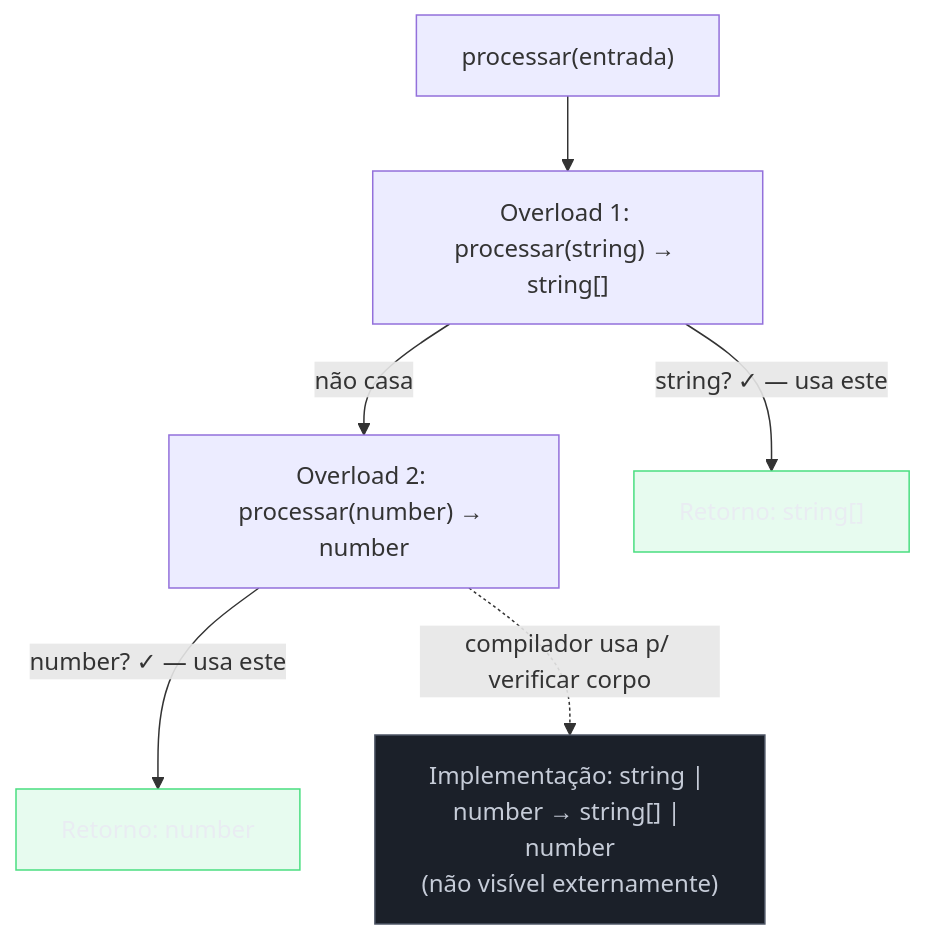
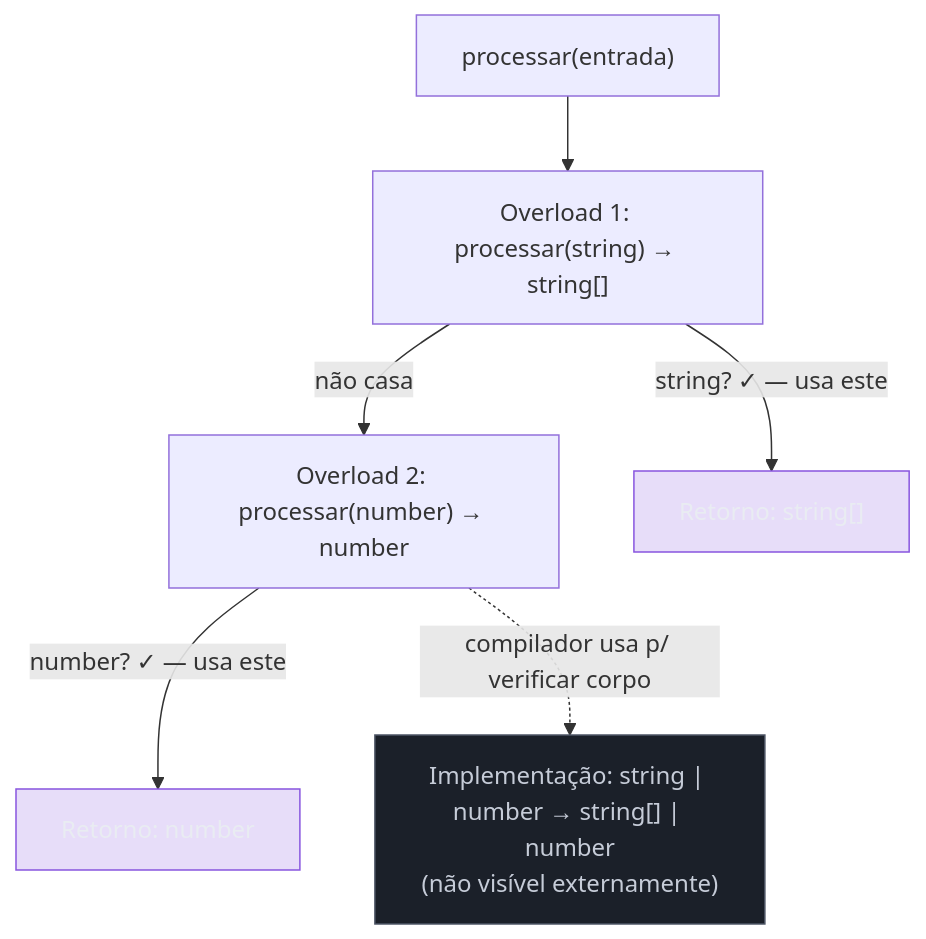
Before and after one commit to josenaldo/codex-technomanticus: the third of 4 diagrams in 03-Dominios/Tecnologia/TypeScript/10 - Tipando funções - assinaturas, overloads, contextual typing.md, drawn with Mermaid. The commit also changed other lines of this file and 601 other files, not shown here.

````diff
--- a/03-Dominios/Tecnologia/TypeScript/10 - Tipando funções - assinaturas, overloads, contextual typing.md
+++ b/03-Dominios/Tecnologia/TypeScript/10 - Tipando funções - assinaturas, overloads, contextual typing.md
@@ -327,19 +326,19 @@
 ```mermaid
 flowchart TD
-    classDef ok fill:#4ADE8021,stroke:#4ADE80,color:#E9ECF2
+    classDef marca fill:#8855DF33,stroke:#8855DF,color:#E9ECF2
     classDef neutro fill:#1B2029,stroke:#4E5666,color:#C6CCD8
     CALL["processar(entrada)"]
     O1["Overload 1: processar(string) → string[]"]
     O2["Overload 2: processar(number) → number"]
     IMPL["Implementação: string | number → string[] | number\n(não visível externamente)"]
 
     CALL --> O1
     O1 -->|"string? ✓ — usa este"| RET1["Retorno: string[]"]
     O1 -->|"não casa"| O2
     O2 -->|"number? ✓ — usa este"| RET2["Retorno: number"]
     O2 -.->|"compilador usa p/ verificar corpo"| IMPL
 
-    class RET1 ok
-    class RET2 ok
+    class RET1 marca
+    class RET2 marca
     class IMPL neutro
 ```
````
